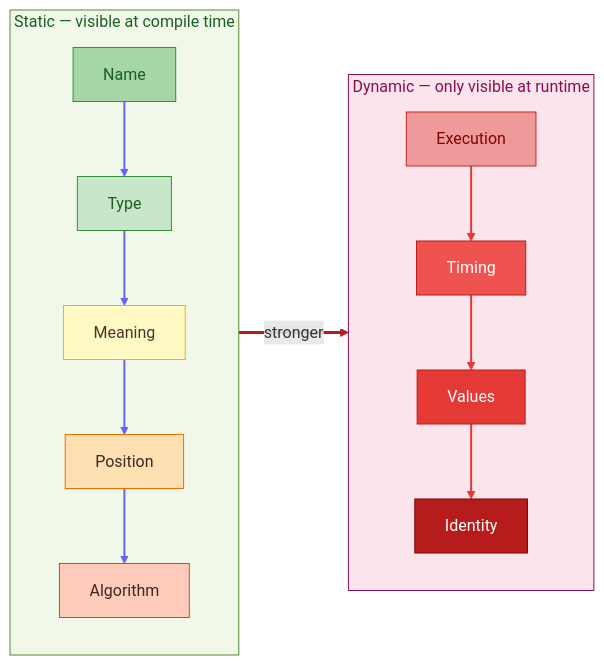
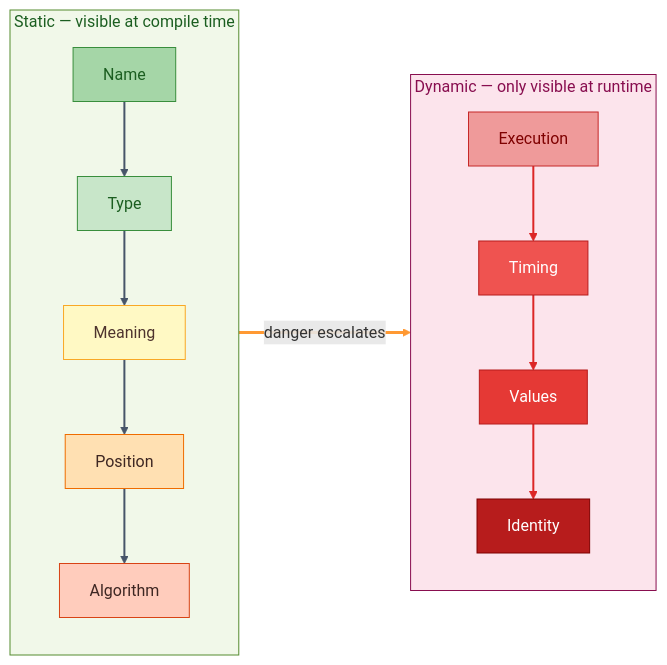
The diagram in books/fundamentals-of-software-architecture/diagrams/02-connascence-hierarchy.md (ozzgio/swbook-labs), drawn with Mermaid before and after one commit. The commit also changed 4 other files, not shown here.

First line of the commit message:
feat: establish diagram style standard, apply to all diagrams

````diff
--- a/books/fundamentals-of-software-architecture/diagrams/02-connascence-hierarchy.md
+++ b/books/fundamentals-of-software-architecture/diagrams/02-connascence-hierarchy.md
@@ -7,35 +7,35 @@
 ```mermaid
 flowchart LR
     subgraph STATIC["Static — visible at compile time"]
         CN["Name"] -->
         CTP["Type"] -->
         CM["Meaning"] -->
         CP["Position"] -->
         CA["Algorithm"]
     end
 
     subgraph DYNAMIC["Dynamic — only visible at runtime"]
         CE["Execution"] -->
         CT["Timing"] -->
         CV["Values"] -->
         CI["Identity"]
     end
 
-    STATIC -->|"stronger"| DYNAMIC
+    STATIC -->|"danger escalates"| DYNAMIC
 
-    linkStyle 0,1,2,3 stroke:#6366f1,stroke-width:2px
-    linkStyle 4,5,6 stroke:#e53935,stroke-width:2px
-    linkStyle 7 stroke:#b71c1c,stroke-width:3px
+    linkStyle 0,1,2,3 stroke:#475569,stroke-width:2px
+    linkStyle 4,5,6 stroke:#dc2626,stroke-width:2px
+    linkStyle 7 stroke:#ff9933,stroke-width:3px
 
     style STATIC fill:#f1f8e9,stroke:#558b2f,color:#1b5e20
     style DYNAMIC fill:#fce4ec,stroke:#880e4f,color:#880e4f
     style CN fill:#a5d6a7,stroke:#388e3c,color:#1b5e20
     style CTP fill:#c8e6c9,stroke:#388e3c,color:#1b5e20
     style CM fill:#fff9c4,stroke:#f9a825,color:#4e342e
     style CP fill:#ffe0b2,stroke:#ef6c00,color:#3e2723
     style CA fill:#ffccbc,stroke:#d84315,color:#3e2723
     style CE fill:#ef9a9a,stroke:#c62828,color:#7f0000
     style CT fill:#ef5350,stroke:#b71c1c,color:#fff
     style CV fill:#e53935,stroke:#b71c1c,color:#fff
     style CI fill:#b71c1c,stroke:#7f0000,color:#fff
 ```
````
